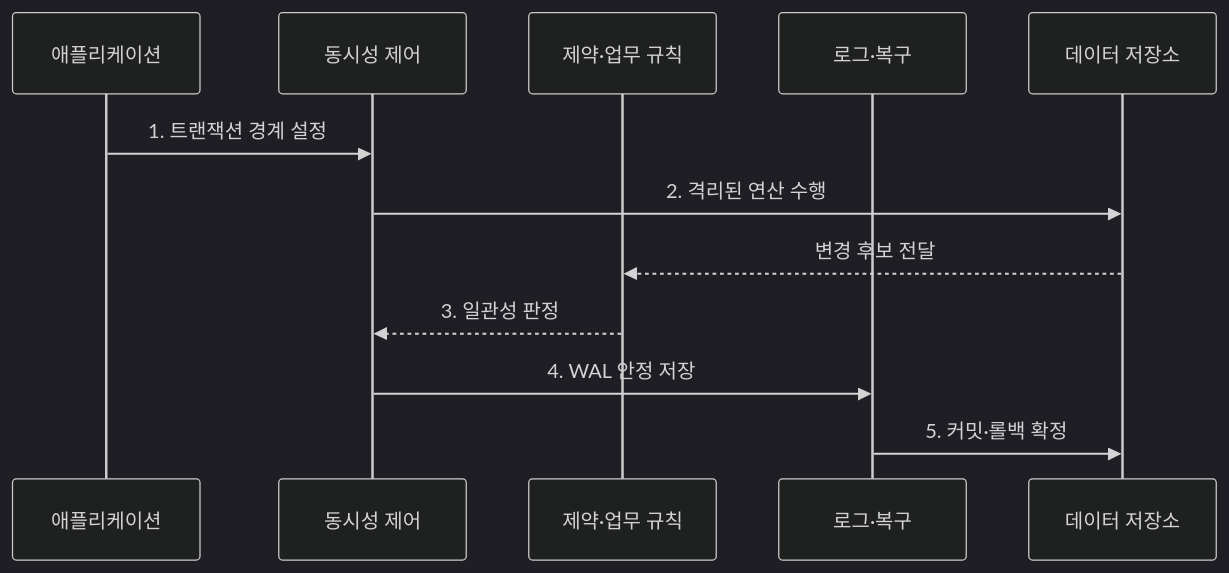
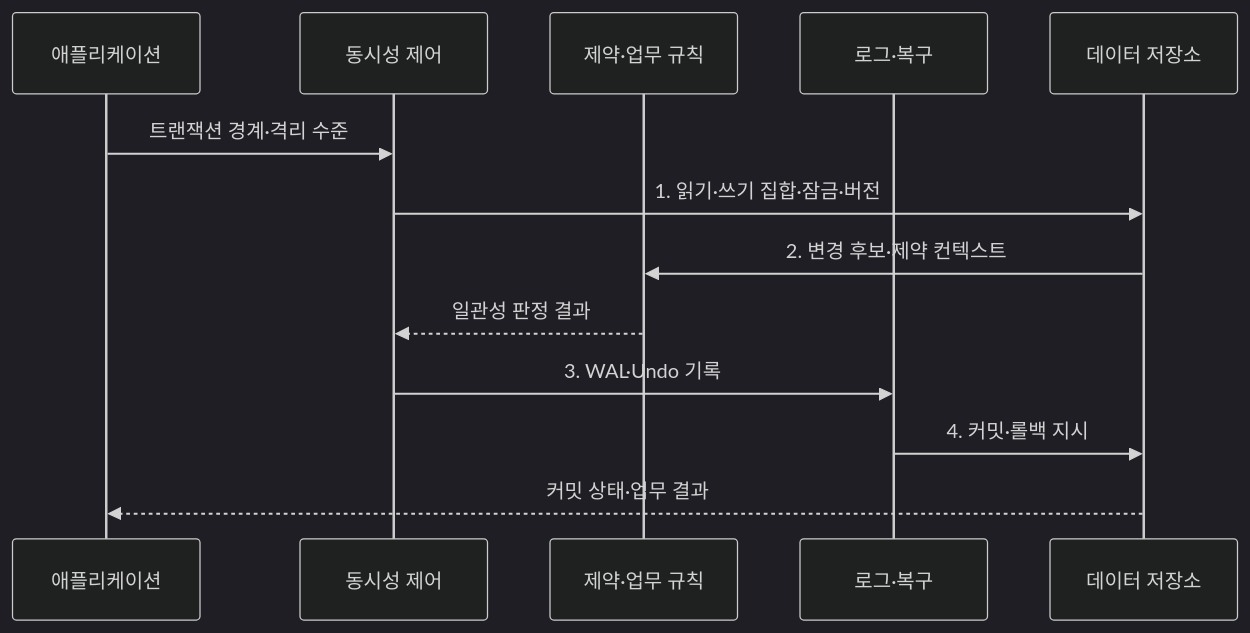
One commit to agnusdei1207/knowledge-base changed the second of 2 diagrams in src/content/docs/notes/03-software/085_transaction_acid.md. Above: the diagram before and after it, drawn with Mermaid (dark theme). The commit also changed other lines of this file and 20 other files, not shown here.

````diff
--- a/src/content/docs/notes/03-software/085_transaction_acid.md
+++ b/src/content/docs/notes/03-software/085_transaction_acid.md
@@ -83,14 +92,15 @@
 ```mermaid
 sequenceDiagram
     participant A as 애플리케이션
     participant C as 동시성 제어
     participant V as 제약·업무 규칙
     participant L as 로그·복구
     participant S as 데이터 저장소
-    A->>C: 1. 트랜잭션 경계 설정
-    C->>S: 2. 격리된 연산 수행
-    S-->>V: 변경 후보 전달
-    V-->>C: 3. 일관성 판정
-    C->>L: 4. WAL 안정 저장
-    L->>S: 5. 커밋·롤백 확정
+    A->>C: 트랜잭션 경계·격리 수준
+    C->>S: 1. 읽기·쓰기 집합·잠금·버전
+    S->>V: 2. 변경 후보·제약 컨텍스트
+    V-->>C: 일관성 판정 결과
+    C->>L: 3. WAL·Undo 기록
+    L->>S: 4. 커밋·롤백 지시
+    S-->>A: 커밋 상태·업무 결과
 ```
````
